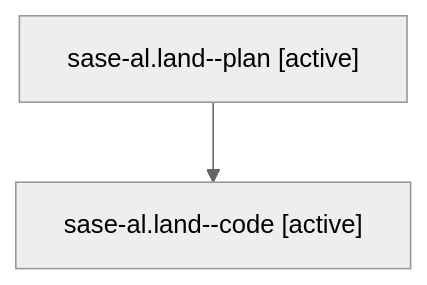
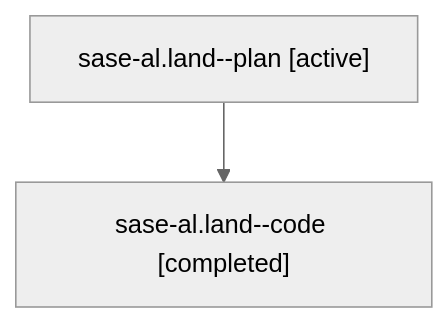
One commit to sase-org/sase--agents changed the diagram in families/bbugyi200.athena.sase-al.land.md. Above: the diagram before and after it, drawn with Mermaid (neutral theme). The commit also changed other lines of this file and 5813 other files, not shown here.

````diff
--- a/families/bbugyi200.athena.sase-al.land.md
+++ b/families/bbugyi200.athena.sase-al.land.md
@@ -9,6 +9,6 @@
 ```mermaid
 flowchart TD
   n0["sase-al.land--plan [active]"]
-  n1["sase-al.land--code [active]"]
+  n1["sase-al.land--code [completed]"]
   n0 --> n1
 ```
````
